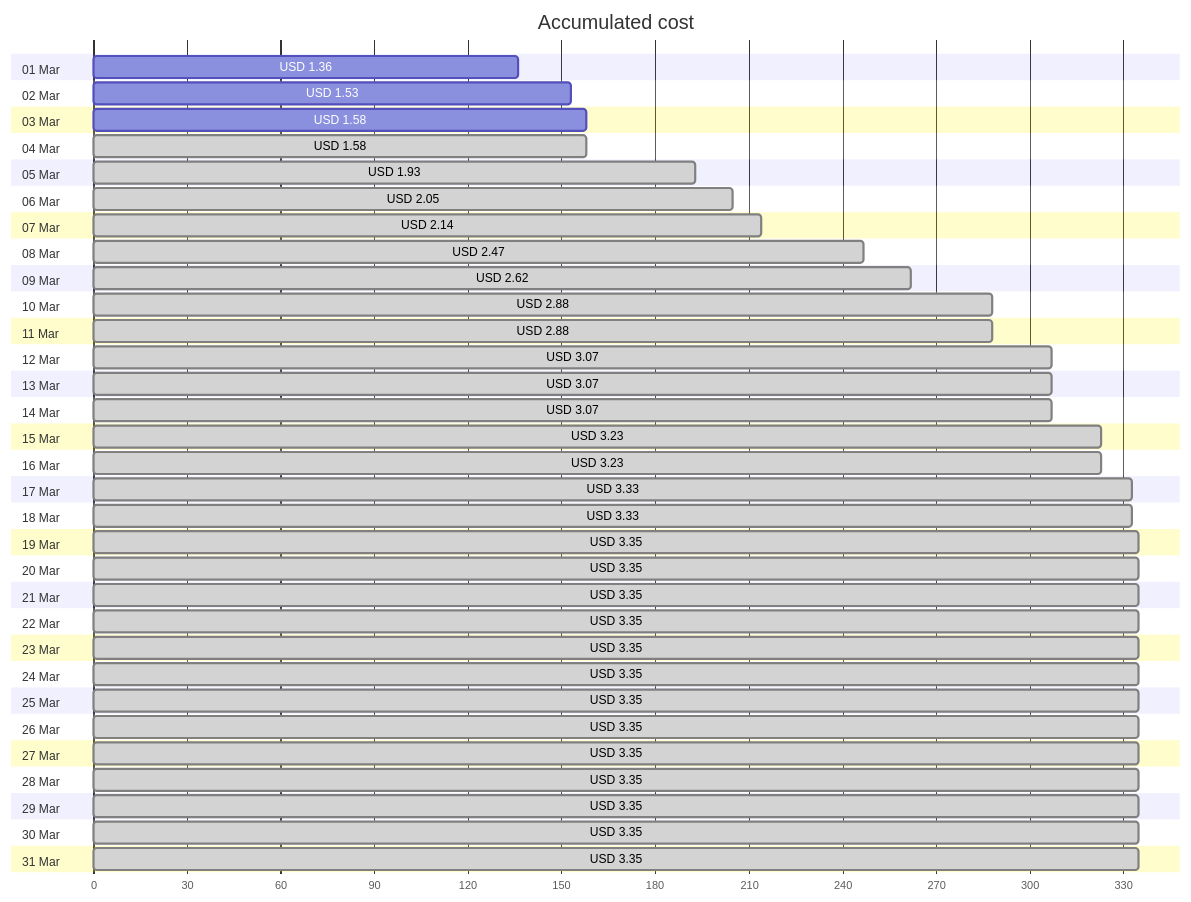
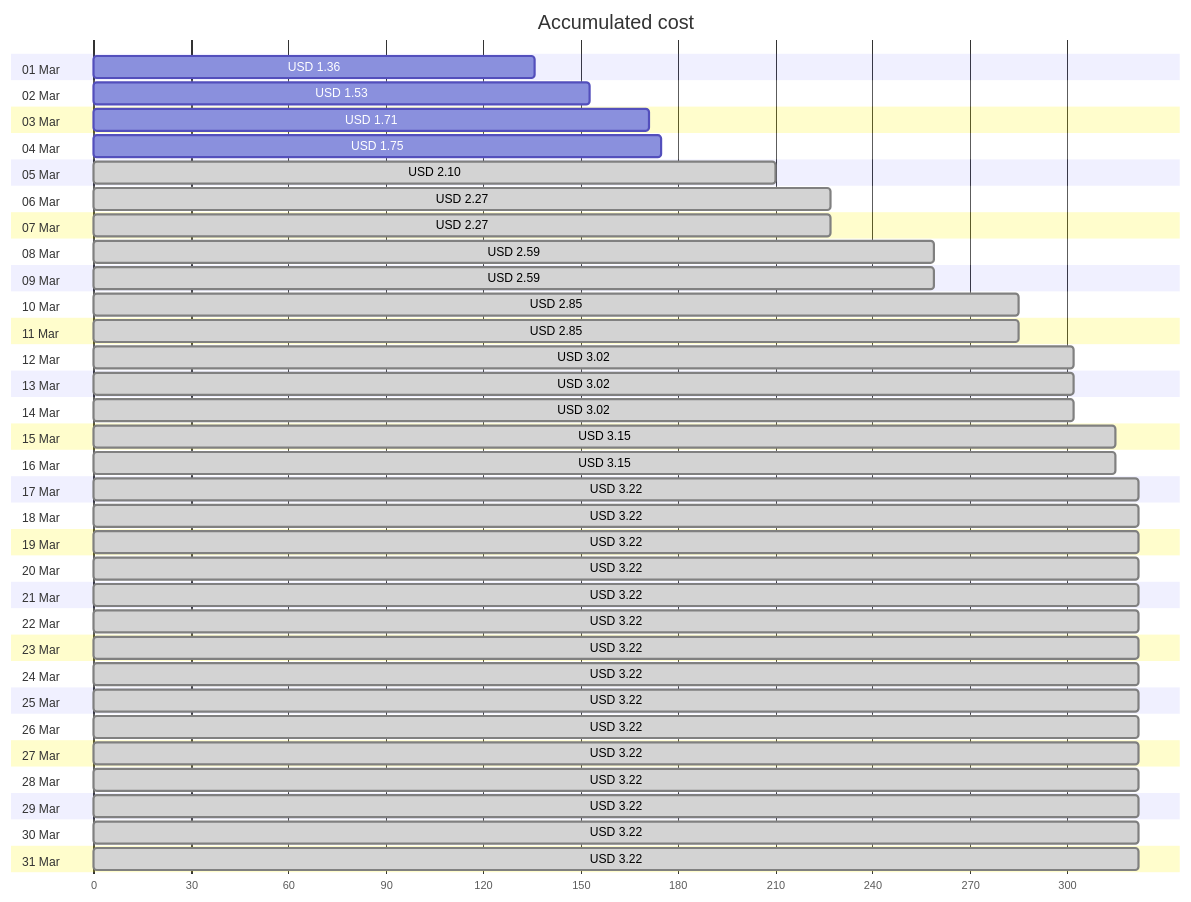
Before and after one commit to jpfulton/azure-personal-reports: the first of 4 diagrams in cost-reports/personal-network/vpn-server.md, drawn with Mermaid. The commit also changed other lines of this file and 8 other files, not shown here.

````diff
--- a/cost-reports/personal-network/vpn-server.md
+++ b/cost-reports/personal-network/vpn-server.md
@@ -20,68 +20,68 @@
 ```mermaid
 gantt
    title Accumulated cost
    dateFormat  X
    axisFormat %s
    section 01 Mar
    USD 1.36 :0, 136
    section 02 Mar
    USD 1.53 :0, 153
    section 03 Mar
-   USD 1.58 :0, 158
+   USD 1.71 :0, 171
    section 04 Mar
-   USD 1.58 : done, 0, 158
+   USD 1.75 :0, 175
    section 05 Mar
-   USD 1.93 : done, 0, 193
+   USD 2.10 : done, 0, 210
    section 06 Mar
-   USD 2.05 : done, 0, 205
+   USD 2.27 : done, 0, 227
    section 07 Mar
-   USD 2.14 : done, 0, 214
+   USD 2.27 : done, 0, 227
    section 08 Mar
-   USD 2.47 : done, 0, 247
+   USD 2.59 : done, 0, 259
    section 09 Mar
-   USD 2.62 : done, 0, 262
+   USD 2.59 : done, 0, 259
    section 10 Mar
-   USD 2.88 : done, 0, 288
+   USD 2.85 : done, 0, 285
    section 11 Mar
-   USD 2.88 : done, 0, 288
+   USD 2.85 : done, 0, 285
    section 12 Mar
-   USD 3.07 : done, 0, 307
+   USD 3.02 : done, 0, 302
    section 13 Mar
-   USD 3.07 : done, 0, 307
+   USD 3.02 : done, 0, 302
    section 14 Mar
-   USD 3.07 : done, 0, 307
+   USD 3.02 : done, 0, 302
    section 15 Mar
-   USD 3.23 : done, 0, 323
+   USD 3.15 : done, 0, 315
    section 16 Mar
-   USD 3.23 : done, 0, 323
+   USD 3.15 : done, 0, 315
    section 17 Mar
-   USD 3.33 : done, 0, 333
+   USD 3.22 : done, 0, 322
    section 18 Mar
-   USD 3.33 : done, 0, 333
+   USD 3.22 : done, 0, 322
    section 19 Mar
-   USD 3.35 : done, 0, 335
+   USD 3.22 : done, 0, 322
    section 20 Mar
-   USD 3.35 : done, 0, 335
+   USD 3.22 : done, 0, 322
    section 21 Mar
-   USD 3.35 : done, 0, 335
+   USD 3.22 : done, 0, 322
    section 22 Mar
-   USD 3.35 : done, 0, 335
+   USD 3.22 : done, 0, 322
    section 23 Mar
-   USD 3.35 : done, 0, 335
+   USD 3.22 : done, 0, 322
    section 24 Mar
-   USD 3.35 : done, 0, 335
+   USD 3.22 : done, 0, 322
    section 25 Mar
-   USD 3.35 : done, 0, 335
+   USD 3.22 : done, 0, 322
    section 26 Mar
-   USD 3.35 : done, 0, 335
+   USD 3.22 : done, 0, 322
    section 27 Mar
-   USD 3.35 : done, 0, 335
+   USD 3.22 : done, 0, 322
    section 28 Mar
-   USD 3.35 : done, 0, 335
+   USD 3.22 : done, 0, 322
    section 29 Mar
-   USD 3.35 : done, 0, 335
+   USD 3.22 : done, 0, 322
    section 30 Mar
-   USD 3.35 : done, 0, 335
+   USD 3.22 : done, 0, 322
    section 31 Mar
-   USD 3.35 : done, 0, 335
+   USD 3.22 : done, 0, 322
 ```
````
